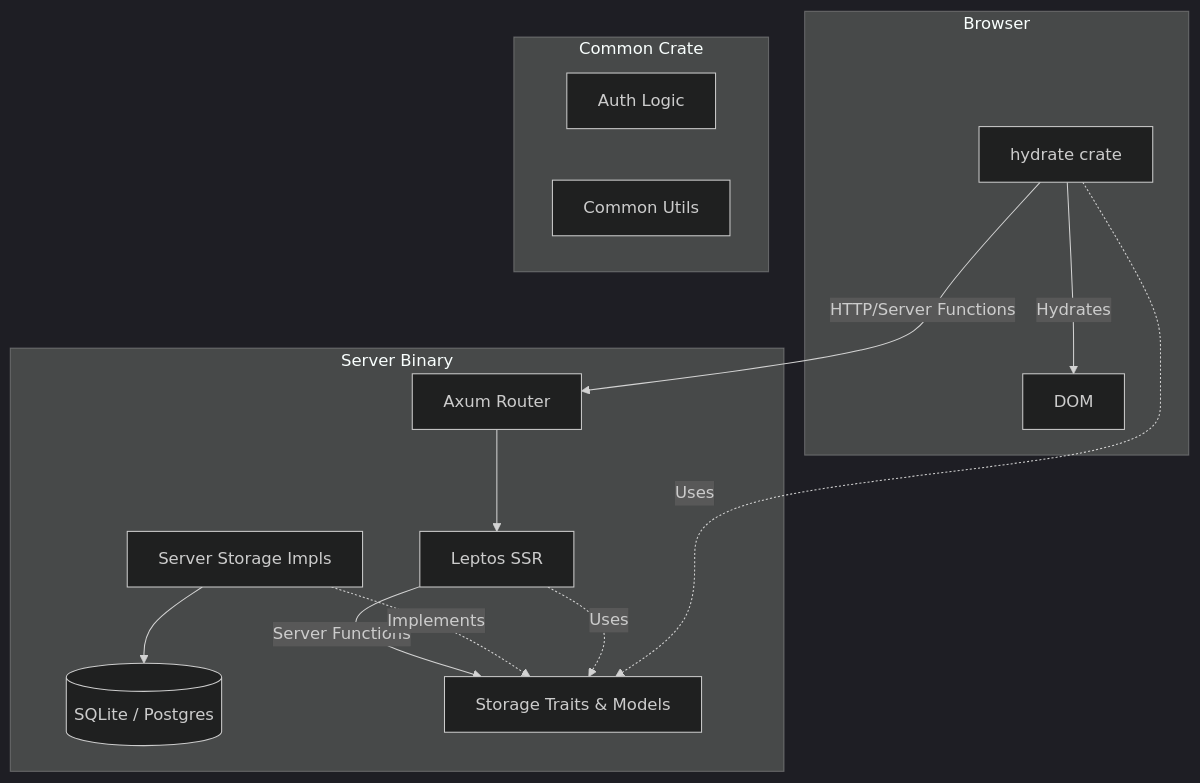
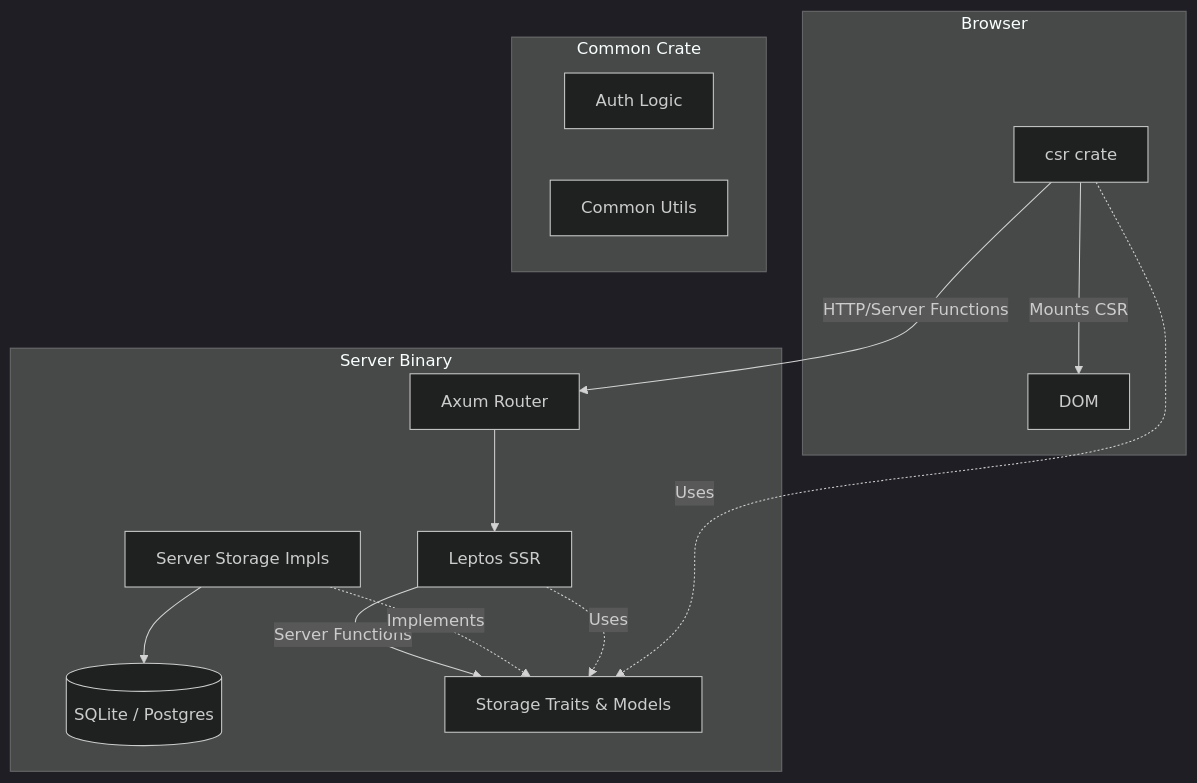
One commit to jaunder-org/jaunder changed the diagram in docs/ARCHITECTURE.md. Above: the diagram before and after it, drawn with Mermaid (dark theme). The commit also changed other lines of this file and 4 other files, not shown here.

First line of the commit message:
docs: purge stale hydrate-crate/hydration references (#528)

````diff
--- a/docs/ARCHITECTURE.md
+++ b/docs/ARCHITECTURE.md
@@ -22,30 +22,30 @@
 ```mermaid
 graph TD
     subgraph Client [Browser]
-        WASM[hydrate crate]
+        WASM[csr crate]
         DOM[DOM]
-        WASM -->|Hydrates| DOM
+        WASM -->|Mounts CSR| DOM
     end
 
     subgraph Backend [Server Binary]
         Axum[Axum Router]
         Leptos[Leptos SSR]
         ServerStorage[Server Storage Impls]
         DB[(SQLite / Postgres)]
 
         Axum --> Leptos
         Leptos -->|Server Functions| CommonStorage
         ServerStorage --> DB
     end
 
     subgraph Shared [Common Crate]
         CommonStorage[Storage Traits & Models]
         Auth[Auth Logic]
         Utils[Common Utils]
     end
 
     WASM -->|HTTP/Server Functions| Axum
     ServerStorage -.->|Implements| CommonStorage
     Leptos -.->|Uses| CommonStorage
     WASM -.->|Uses| CommonStorage
 ```
````
